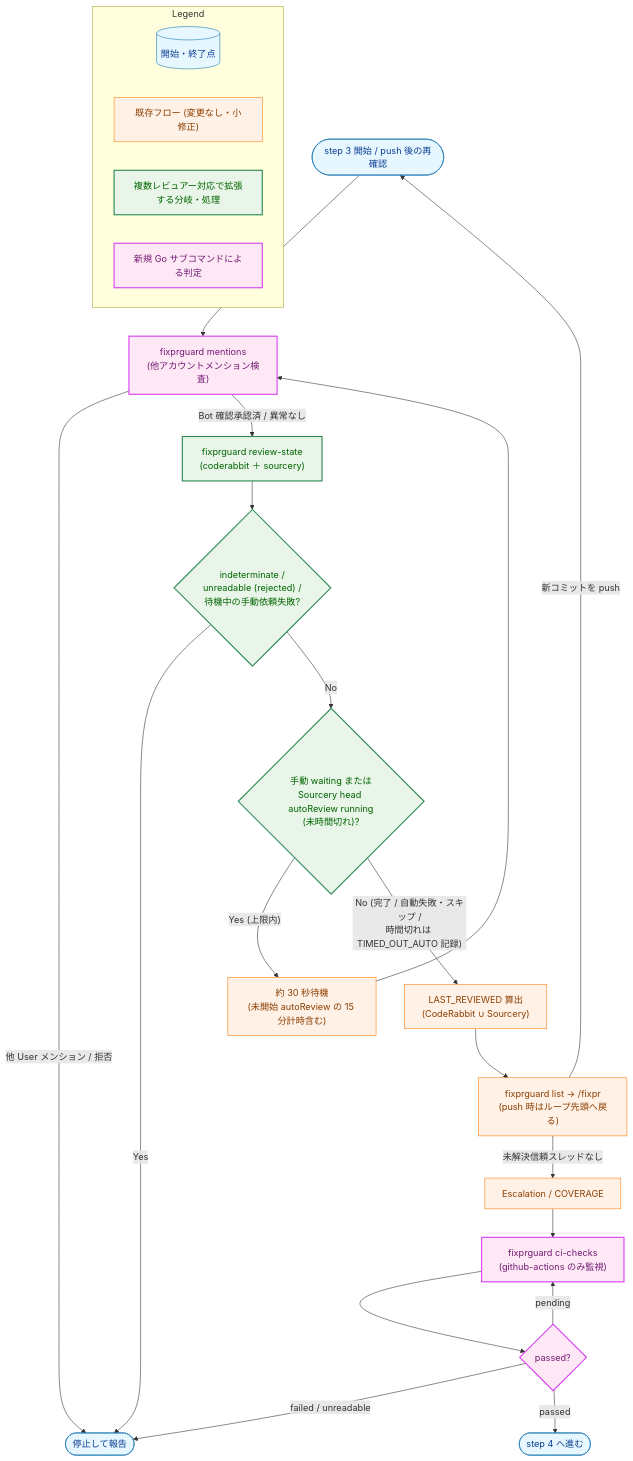
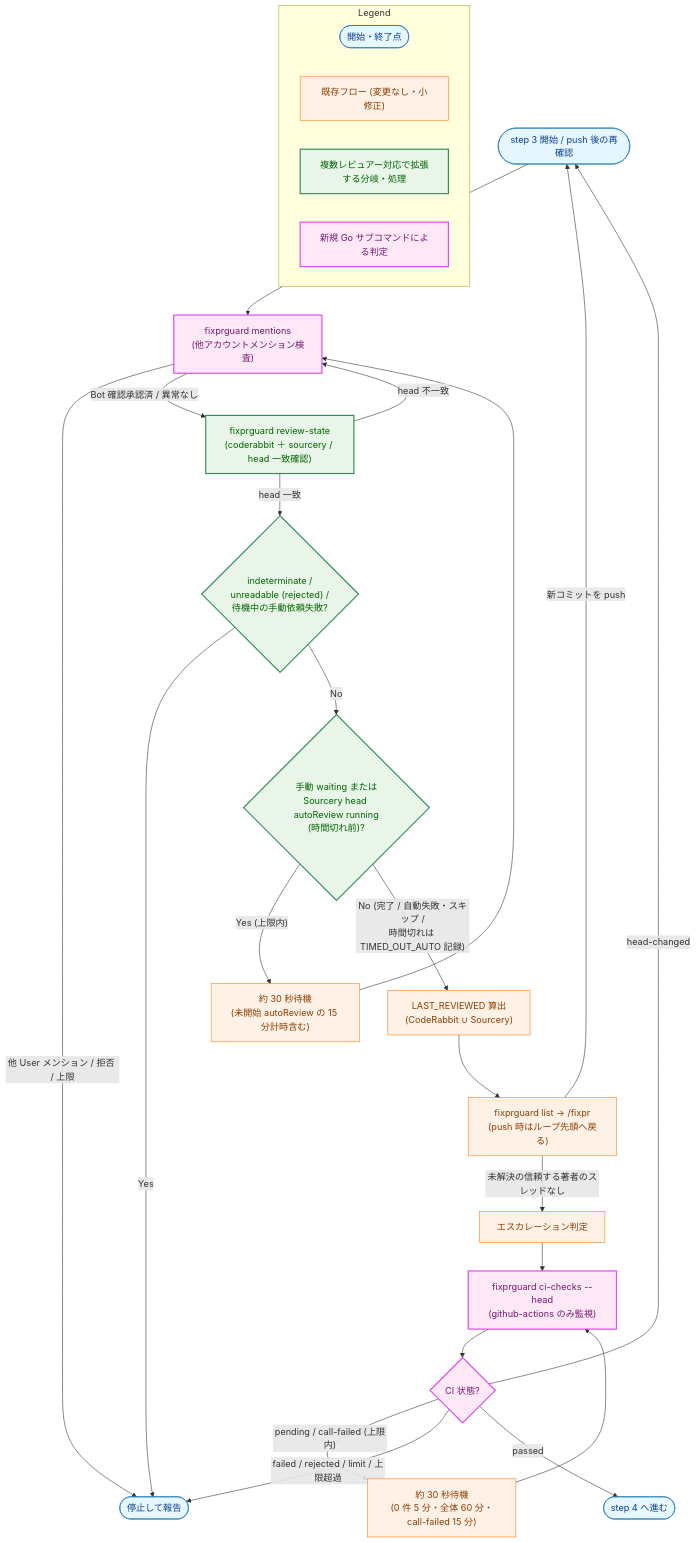
Before and after one commit to isseis/yt2column: the fifth of 6 diagrams in docs/tasks/0122_sourcery_trusted_reviewer/02_architecture.md, drawn with Mermaid. The commit also changed other lines of this file and 3 other files, not shown here.

````diff
--- a/docs/tasks/0122_sourcery_trusted_reviewer/02_architecture.md
+++ b/docs/tasks/0122_sourcery_trusted_reviewer/02_architecture.md
@@ -779,55 +855,59 @@
 ```mermaid
 flowchart TD
-    classDef data fill:#e6f7ff,stroke:#1f77b4,stroke-width:1px,color:#0b3d91;
+    classDef endpoint fill:#e6f7ff,stroke:#1f77b4,stroke-width:1px,color:#0b3d91;
     classDef process fill:#fff1e6,stroke:#ff7f0e,stroke-width:1px,color:#8a3e00;
     classDef enhanced fill:#e8f5e8,stroke:#2e8b57,stroke-width:2px,color:#006400;
     classDef newpkg fill:#ffe8f5,stroke:#d946ef,stroke-width:2px,color:#701a75;
 
     START(["step 3 開始 / push 後の再確認"])
     MN["fixprguard mentions<br>(他アカウントメンション検査)"]
-    RS["fixprguard review-state<br>(coderabbit ＋ sourcery)"]
+    RS["fixprguard review-state<br>(coderabbit ＋ sourcery / head 一致確認)"]
     CHK_ERR{"indeterminate /<br>unreadable (rejected) /<br>待機中の手動依頼失敗?"}
     STOP(["停止して報告"])
-    CHK_WAIT{"手動 waiting または<br>Sourcery head autoReview running<br>(未時間切れ)?"}
+    CHK_WAIT{"手動 waiting または<br>Sourcery head autoReview running<br>(時間切れ前)?"}
     SLEEP["約 30 秒待機<br>(未開始 autoReview の 15 分計時含む)"]
     LR["LAST_REVIEWED 算出<br>(CodeRabbit ∪ Sourcery)"]
     THREADS["fixprguard list → /fixpr<br>(push 時はループ先頭へ戻る)"]
-    ESC["Escalation / COVERAGE"]
-    CI["fixprguard ci-checks<br>(github-actions のみ監視)"]
-    CI_OK{"passed?"}
+    ESC["エスカレーション判定"]
+    CI["fixprguard ci-checks --head<br>(github-actions のみ監視)"]
+    CI_OK{"CI 状態?"}
+    CI_SLEEP["約 30 秒待機<br>(0 件 5 分・全体 60 分・call-failed 15 分)"]
     STEP4(["step 4 へ進む"])
 
     START --> MN
-    MN -->|"他 User メンション / 拒否"| STOP
+    MN -->|"他 User メンション / 拒否 / 上限"| STOP
     MN -->|"Bot 確認承認済 / 異常なし"| RS
-    RS --> CHK_ERR
+    RS -->|"head 不一致"| MN
+    RS -->|"head 一致"| CHK_ERR
     CHK_ERR -->|"Yes"| STOP
     CHK_ERR -->|"No"| CHK_WAIT
     CHK_WAIT -->|"Yes (上限内)"| SLEEP
     SLEEP --> MN
     CHK_WAIT -->|"No (完了 / 自動失敗・スキップ /<br>時間切れは TIMED_OUT_AUTO 記録)"| LR
     LR --> THREADS
     THREADS -->|"新コミットを push"| START
-    THREADS -->|"未解決信頼スレッドなし"| ESC
+    THREADS -->|"未解決の信頼する著者のスレッドなし"| ESC
     ESC --> CI
     CI --> CI_OK
-    CI_OK -->|"pending"| CI
-    CI_OK -->|"failed / unreadable"| STOP
+    CI_OK -->|"pending / call-failed (上限内)"| CI_SLEEP
+    CI_SLEEP --> CI
+    CI_OK -->|"head-changed"| START
+    CI_OK -->|"failed / rejected / limit / 上限超過"| STOP
     CI_OK -->|"passed"| STEP4
 
-    class START,STOP,STEP4 data
-    class LR,THREADS,ESC,SLEEP process
+    class START,STOP,STEP4 endpoint
+    class LR,THREADS,ESC,SLEEP,CI_SLEEP process
     class RS,CHK_ERR,CHK_WAIT enhanced
     class MN,CI,CI_OK newpkg
 
     subgraph Legend["Legend"]
-        L1[("開始・終了点")]
+        L1(["開始・終了点"])
         L2["既存フロー (変更なし・小修正)"]
         L3["複数レビュアー対応で拡張する分岐・処理"]
         L4["新規 Go サブコマンドによる判定"]
     end
-    class L1 data
+    class L1 endpoint
     class L2 process
     class L3 enhanced
     class L4 newpkg
 ```
````
